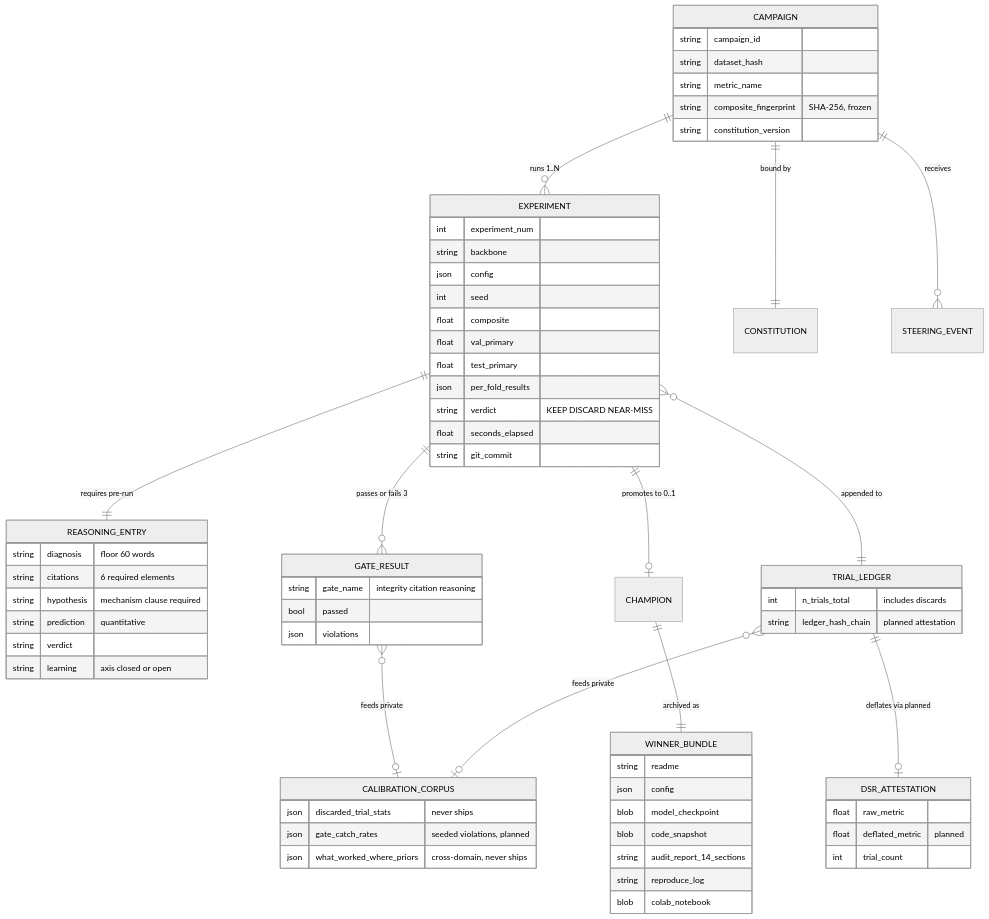
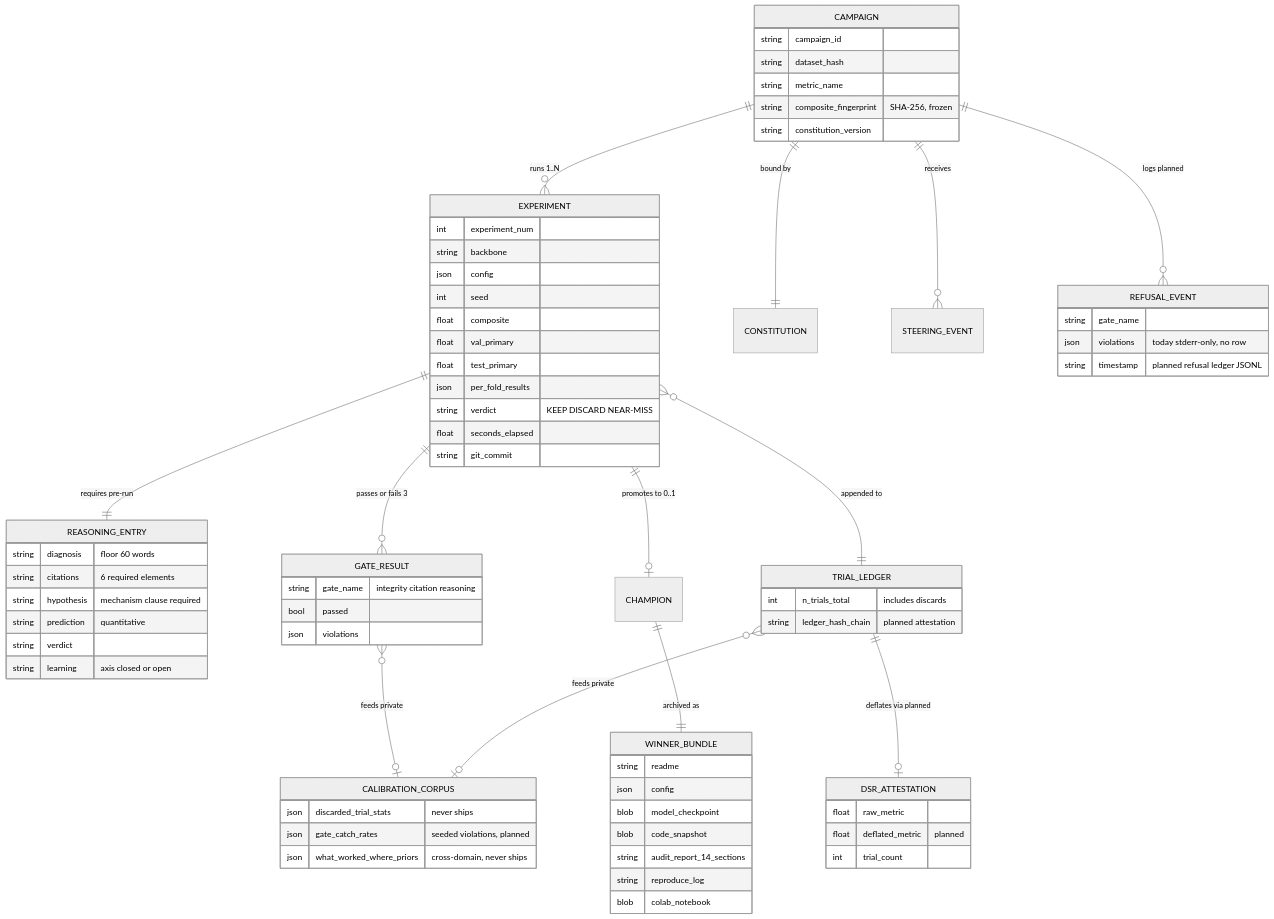
The diagram in runs/autoresearch/tech/architecture/D04.md (dlmastery/startup-skills), drawn with Mermaid (neutral theme) before and after one commit. The commit also changed other lines of this file and 32 other files, not shown here.

````diff
--- a/runs/autoresearch/tech/architecture/D04.md
+++ b/runs/autoresearch/tech/architecture/D04.md
@@ -5,71 +5,77 @@
 ```mermaid
 erDiagram
     CAMPAIGN ||--o{ EXPERIMENT : "runs 1..N"
     CAMPAIGN ||--|| CONSTITUTION : "bound by"
     CAMPAIGN ||--o{ STEERING_EVENT : "receives"
     EXPERIMENT ||--|| REASONING_ENTRY : "requires pre-run"
     EXPERIMENT ||--o{ GATE_RESULT : "passes or fails 3"
+    CAMPAIGN ||--o{ REFUSAL_EVENT : "logs planned"
     EXPERIMENT ||--o| CHAMPION : "promotes to 0..1"
     CHAMPION ||--|| WINNER_BUNDLE : "archived as"
     EXPERIMENT }o--|| TRIAL_LEDGER : "appended to"
     TRIAL_LEDGER ||--o| DSR_ATTESTATION : "deflates via planned"
     GATE_RESULT }o--o| CALIBRATION_CORPUS : "feeds private"
     TRIAL_LEDGER }o--o| CALIBRATION_CORPUS : "feeds private"
 
     CAMPAIGN {
         string campaign_id
         string dataset_hash
         string metric_name
         string composite_fingerprint "SHA-256, frozen"
         string constitution_version
     }
     EXPERIMENT {
         int experiment_num
         string backbone
         json config
         int seed
         float composite
         float val_primary
         float test_primary
         json per_fold_results
         string verdict "KEEP DISCARD NEAR-MISS"
         float seconds_elapsed
         string git_commit
     }
     REASONING_ENTRY {
         string diagnosis "floor 60 words"
         string citations "6 required elements"
         string hypothesis "mechanism clause required"
         string prediction "quantitative"
         string verdict
         string learning "axis closed or open"
     }
     GATE_RESULT {
         string gate_name "integrity citation reasoning"
         bool passed
         json violations
     }
     WINNER_BUNDLE {
         string readme
         json config
         blob model_checkpoint
         blob code_snapshot
         string audit_report_14_sections
         string reproduce_log
         blob colab_notebook
     }
     TRIAL_LEDGER {
         int n_trials_total "includes discards"
         string ledger_hash_chain "planned attestation"
     }
+    REFUSAL_EVENT {
+        string gate_name
+        json violations "today stderr-only, no row"
+        string timestamp "planned refusal ledger JSONL"
+    }
     CALIBRATION_CORPUS {
         json discarded_trial_stats "never ships"
         json gate_catch_rates "seeded violations, planned"
         json what_worked_where_priors "cross-domain, never ships"
     }
     DSR_ATTESTATION {
         float raw_metric
         float deflated_metric "planned"
         int trial_count
     }
 ```
````
